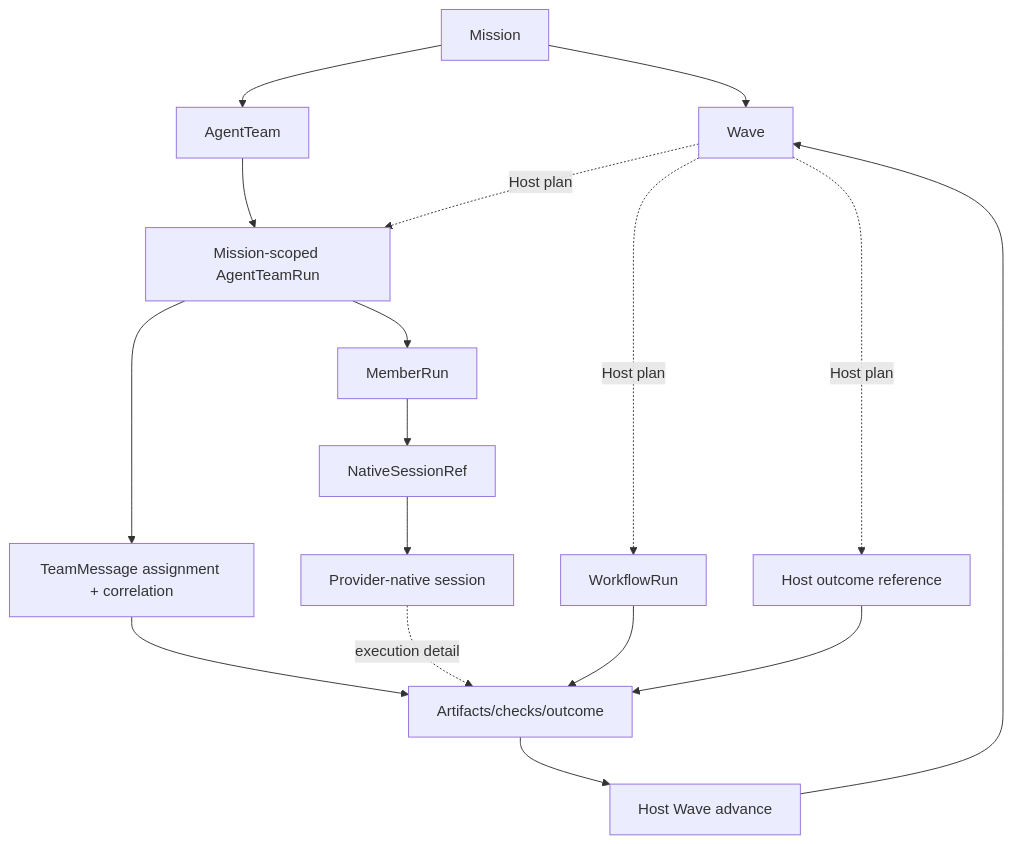
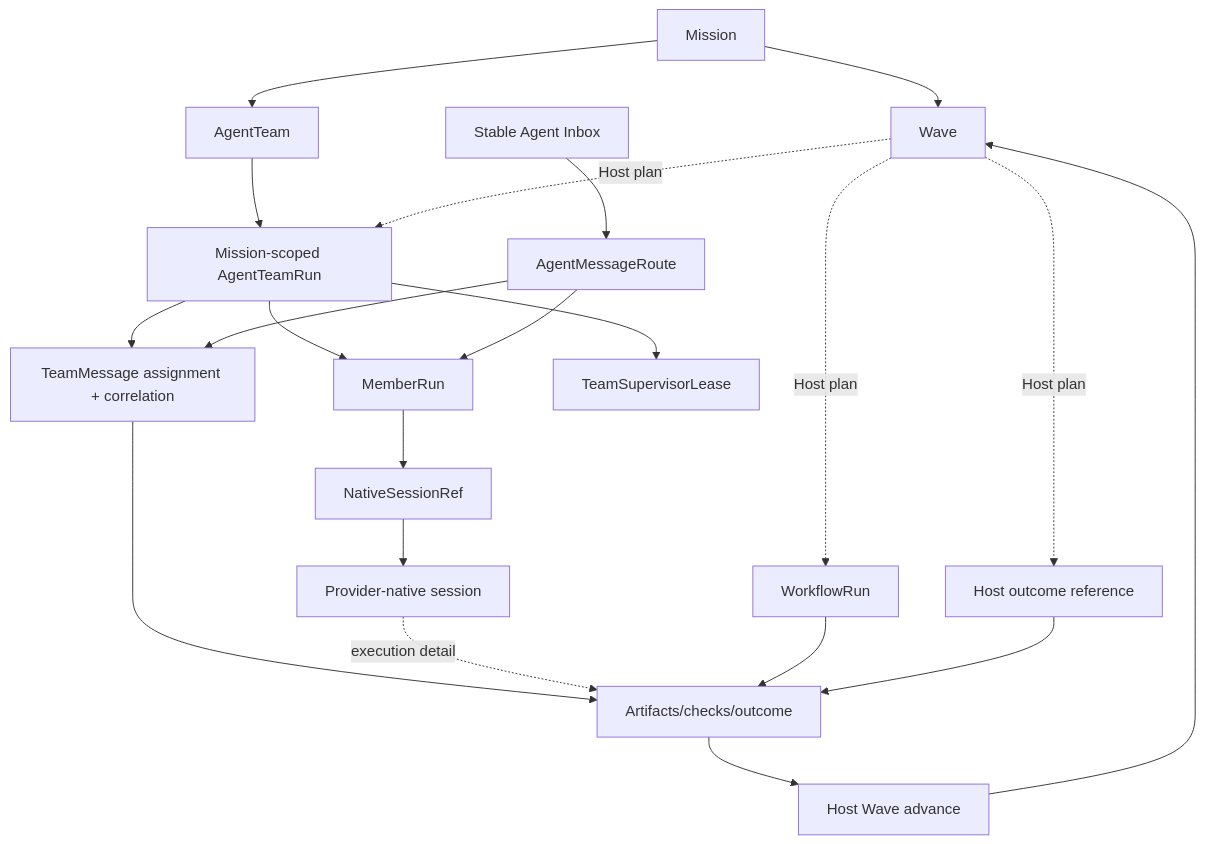
Before and after one commit to cyl19970726/multi-agent-harness: the diagram in docs/data-model.md, drawn with Mermaid. The commit also changed other lines of this file and 39 other files, not shown here.

Commit message:
docs(agent-team): align durable control contracts

````diff
--- a/docs/data-model.md
+++ b/docs/data-model.md
@@ -65,19 +73,23 @@
 ```mermaid
 flowchart TD
   Mission[Mission] --> Wave[Wave]
   Mission --> Team[AgentTeam]
   Team --> TeamRun[Mission-scoped AgentTeamRun]
   Wave -. Host plan .-> TeamRun
   Wave -. Host plan .-> WorkflowRun[WorkflowRun]
   Wave -. Host plan .-> HostRun[Host outcome reference]
   TeamRun --> TeamMsg[TeamMessage assignment + correlation]
   TeamRun --> Member[MemberRun]
+  TeamRun --> Supervisor[TeamSupervisorLease]
+  AgentInbox[Stable Agent Inbox] --> Route[AgentMessageRoute]
+  Route --> TeamMsg
+  Route --> Member
   Member --> Binding[NativeSessionRef]
   Binding --> Session[Provider-native session]
   TeamMsg --> Artifact[Artifacts/checks/outcome]
   Session -. execution detail .-> Artifact
   WorkflowRun --> Artifact
   HostRun --> Artifact
   Artifact --> Gate[Host Wave advance]
   Gate --> Wave
 ```
````
